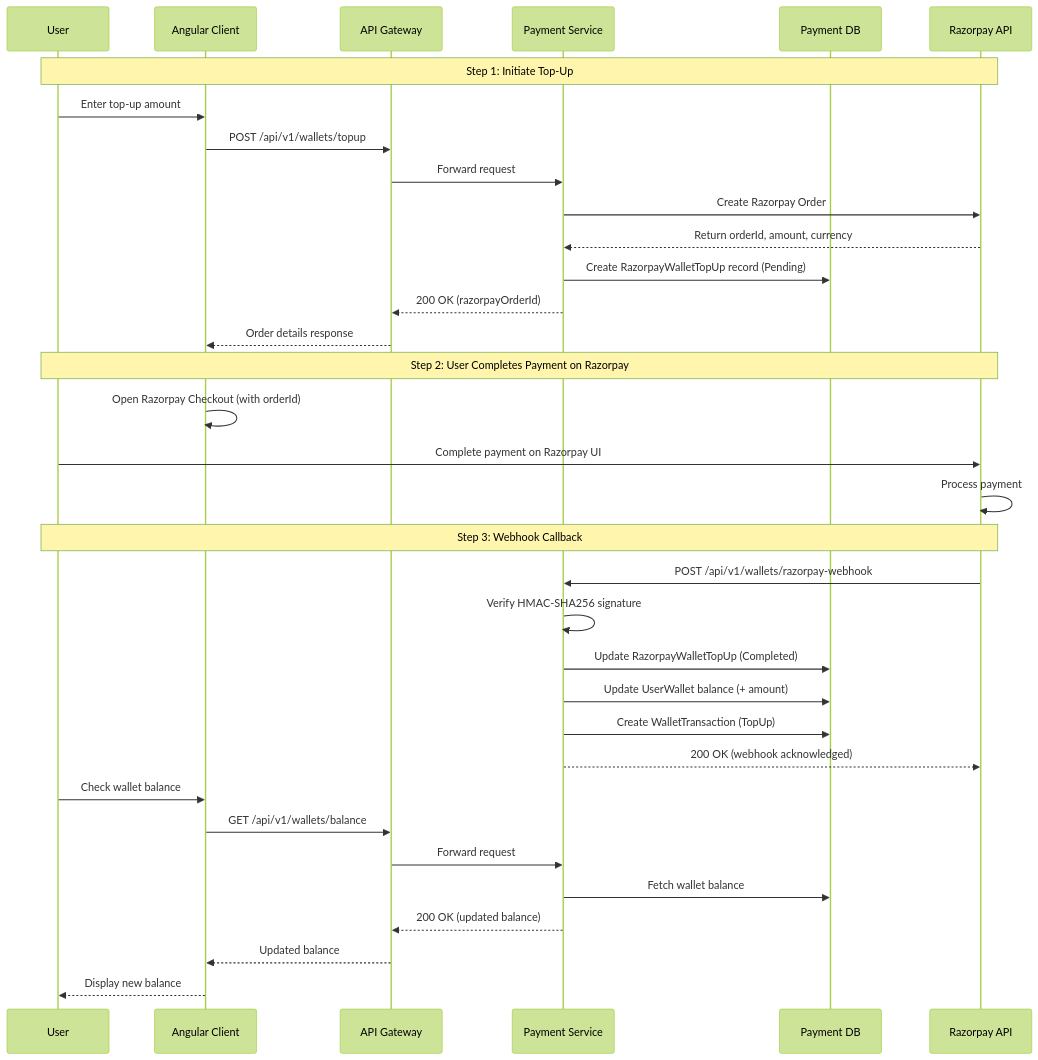
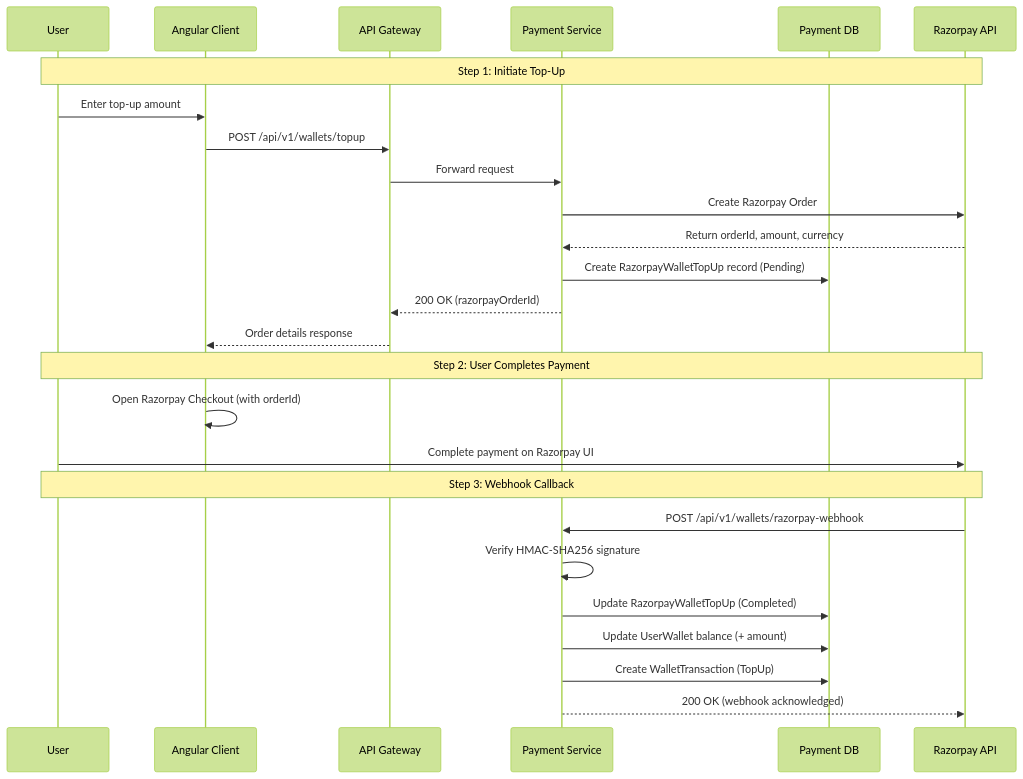
One commit to TirtharajBarma/cred-vault changed the fourth of 8 diagrams in src/docs/draft/LLD.md. Above: the diagram before and after it, drawn with Mermaid (forest theme). The commit also changed other lines of this file and 7 other files, not shown here.

````diff
--- a/src/docs/draft/LLD.md
+++ b/src/docs/draft/LLD.md
@@ -341,36 +795,31 @@
 ```mermaid
 sequenceDiagram
     participant U as User
     participant UI as Angular Client
     participant GW as API Gateway
     participant PS as Payment Service
     participant DB as Payment DB
     participant RP as Razorpay API
+
     Note over U,RP: Step 1: Initiate Top-Up
     U->>UI: Enter top-up amount
     UI->>GW: POST /api/v1/wallets/topup
     GW->>PS: Forward request
     PS->>RP: Create Razorpay Order
     RP-->>PS: Return orderId, amount, currency
     PS->>DB: Create RazorpayWalletTopUp record (Pending)
     PS-->>GW: 200 OK (razorpayOrderId)
     GW-->>UI: Order details response
-    Note over U,RP: Step 2: User Completes Payment on Razorpay
+
+    Note over U,RP: Step 2: User Completes Payment
     UI->>UI: Open Razorpay Checkout (with orderId)
     U->>RP: Complete payment on Razorpay UI
-    RP->>RP: Process payment
+
     Note over U,RP: Step 3: Webhook Callback
     RP->>PS: POST /api/v1/wallets/razorpay-webhook
     PS->>PS: Verify HMAC-SHA256 signature
     PS->>DB: Update RazorpayWalletTopUp (Completed)
     PS->>DB: Update UserWallet balance (+ amount)
     PS->>DB: Create WalletTransaction (TopUp)
     PS-->>RP: 200 OK (webhook acknowledged)
-    U->>UI: Check wallet balance
-    UI->>GW: GET /api/v1/wallets/balance
-    GW->>PS: Forward request
-    PS->>DB: Fetch wallet balance
-    PS-->>GW: 200 OK (updated balance)
-    GW-->>UI: Updated balance
-    UI-->>U: Display new balance
 ```
````
